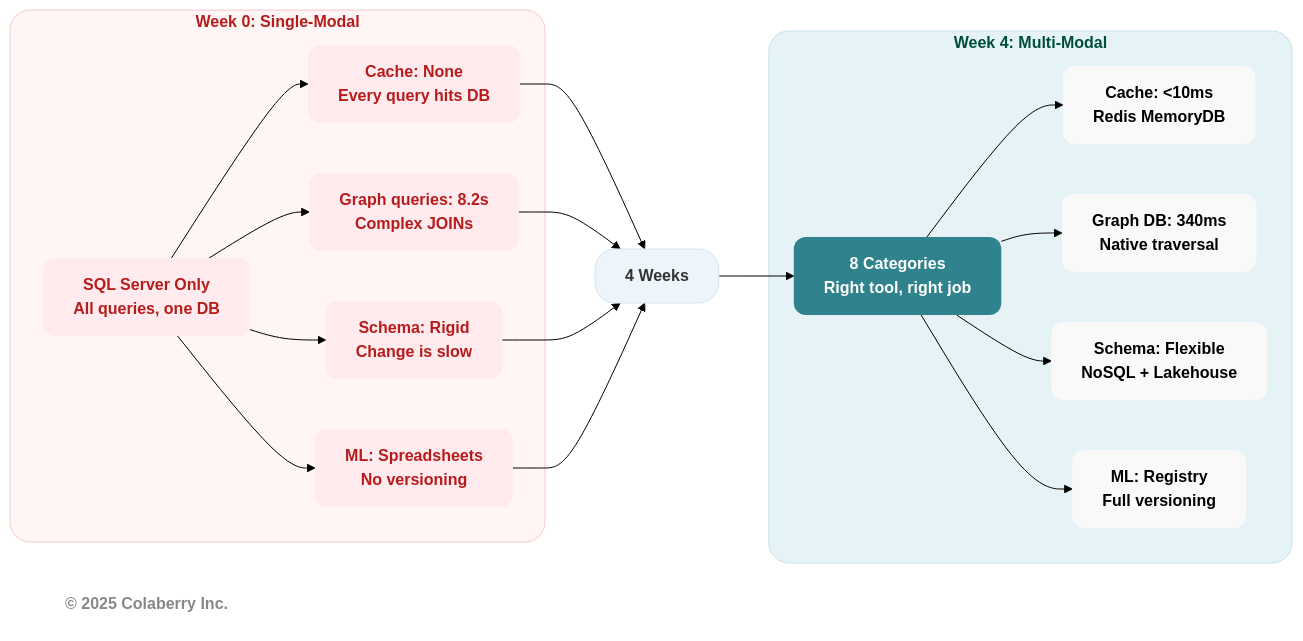
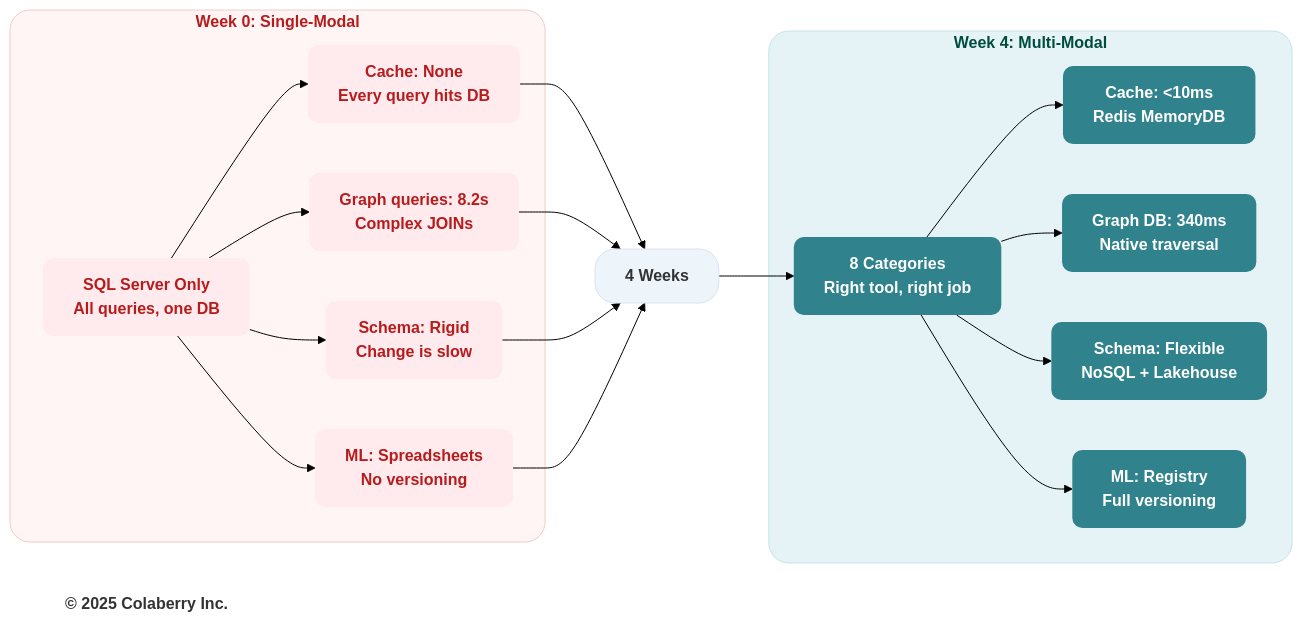
One commit to saitejesh-cyber/trust-before-intelligence-book changed the sixth of 11 diagrams in manuscript/05_chapter_4_foundation_layers.md. Above: the diagram before and after it, drawn with Mermaid (forest theme). The commit also changed other lines of this file and 4 other files, not shown here.

````diff
--- a/manuscript/05_chapter_4_foundation_layers.md
+++ b/manuscript/05_chapter_4_foundation_layers.md
@@ -641,51 +641,51 @@
 ```mermaid
 graph LR
     subgraph BEFORE["<b>Week 0: Single-Modal</b>"]
         OLD["<b>SQL Server Only</b><br/><b>All queries, one DB</b>"]
         P1["<b>Cache: None</b><br/><b>Every query hits DB</b>"]
         P2["<b>Graph queries: 8.2s</b><br/><b>Complex JOINs</b>"]
         P3["<b>Schema: Rigid</b><br/><b>Change is slow</b>"]
         P4["<b>ML: Spreadsheets</b><br/><b>No versioning</b>"]
     end
     
     TRANSFORM["<b>4 Weeks</b>"]
     
     subgraph AFTER["<b>Week 4: Multi-Modal</b>"]
         NEW["<b>8 Categories</b><br/><b>Right tool, right job</b>"]
         S1["<b>Cache: &lt;10ms</b><br/><b>Redis MemoryDB</b>"]
         S2["<b>Graph DB: 340ms</b><br/><b>Native traversal</b>"]
         S3["<b>Schema: Flexible</b><br/><b>NoSQL + Lakehouse</b>"]
         S4["<b>ML: Registry</b><br/><b>Full versioning</b>"]
     end
     
     Copyright["<b>© 2025 Colaberry Inc.</b>"]
 
     OLD --> P1
     OLD --> P2
     OLD --> P3
     OLD --> P4
     P1 --> TRANSFORM
     P2 --> TRANSFORM
     P3 --> TRANSFORM
     P4 --> TRANSFORM
     TRANSFORM --> NEW
     NEW --> S1
     NEW --> S2
     NEW --> S3
     NEW --> S4
  
     style BEFORE fill:#fff5f5,stroke:#f2caca,stroke-width:1px,color:#b71c1c,rx:20,ry:20
-    style OLD fill:#ffebee,stroke:none,color:#b71c1c,rx:12,ry:12
-    style P1 fill:#ffebee,stroke:none,color:#b71c1c,rx:12,ry:12
-    style P2 fill:#ffebee,stroke:none,color:#b71c1c,rx:12,ry:12
-    style P3 fill:#ffebee,stroke:none,color:#b71c1c,rx:12,ry:12
-    style P4 fill:#ffebee,stroke:none,color:#b71c1c,rx:12,ry:12
+    style OLD fill:#ffebee,stroke:none,color:#b71c1c,rx:10,ry:10
+    style P1 fill:#ffebee,stroke:none,color:#b71c1c,rx:10,ry:10
+    style P2 fill:#ffebee,stroke:none,color:#b71c1c,rx:10,ry:10
+    style P3 fill:#ffebee,stroke:none,color:#b71c1c,rx:10,ry:10
+    style P4 fill:#ffebee,stroke:none,color:#b71c1c,rx:10,ry:10
     style TRANSFORM fill:#edf4fa,stroke:#d6e4f2,stroke-width:1px,color:#333333,rx:20,ry:20
     style AFTER fill:#e6f3f6,stroke:#c7e3ea,stroke-width:1px,color:#004d40,rx:20,ry:20
-    style NEW fill:#30838C,stroke:none,color:#ffffff,rx:12,ry:12
-    style S1 fill:#f9f9f9,stroke:none,color:#000000,rx:12,ry:12
-    style S2 fill:#f9f9f9,stroke:none,color:#000000,rx:12,ry:12
-    style S3 fill:#f9f9f9,stroke:none,color:#000000,rx:12,ry:12
-    style S4 fill:#f9f9f9,stroke:none,color:#000000,rx:12,ry:12
-    style Copyright fill:none,stroke:none,color:#888888
+    style NEW fill:#30838C,stroke:none,color:#ffffff,rx:10,ry:10
+    style S1 fill:#30838C,stroke:none,color:#ffffff,rx:10,ry:10
+    style S2 fill:#30838C,stroke:none,color:#ffffff,rx:10,ry:10
+    style S3 fill:#30838C,stroke:none,color:#ffffff,rx:10,ry:10
+    style S4 fill:#30838C,stroke:none,color:#ffffff,rx:10,ry:10
+    style Copyright fill:none,stroke:none,color:#333333
 ```
````
